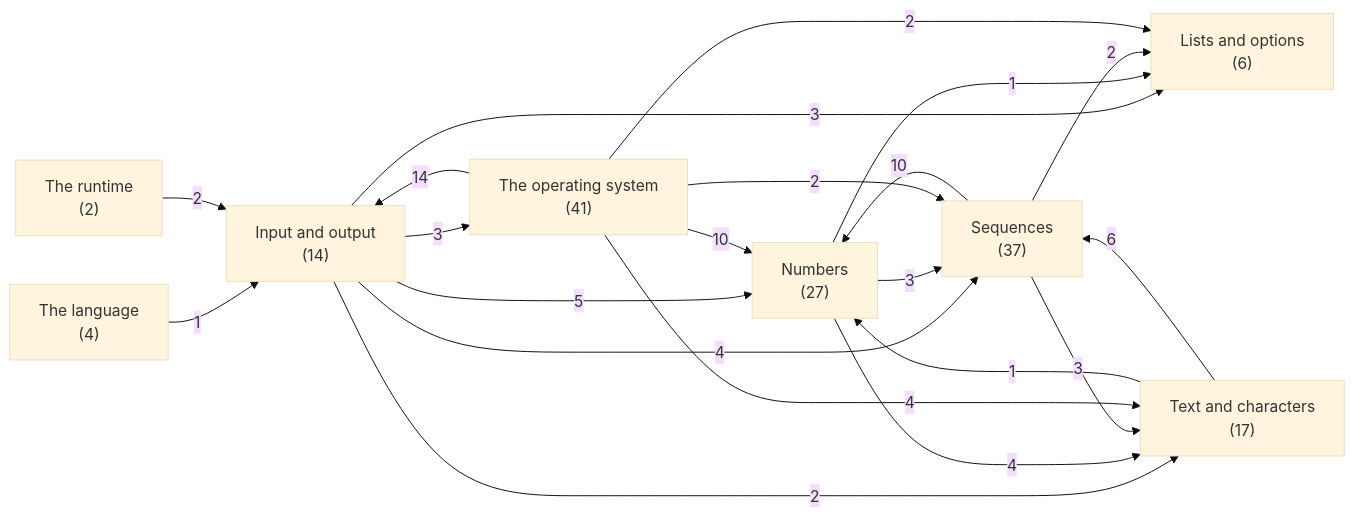
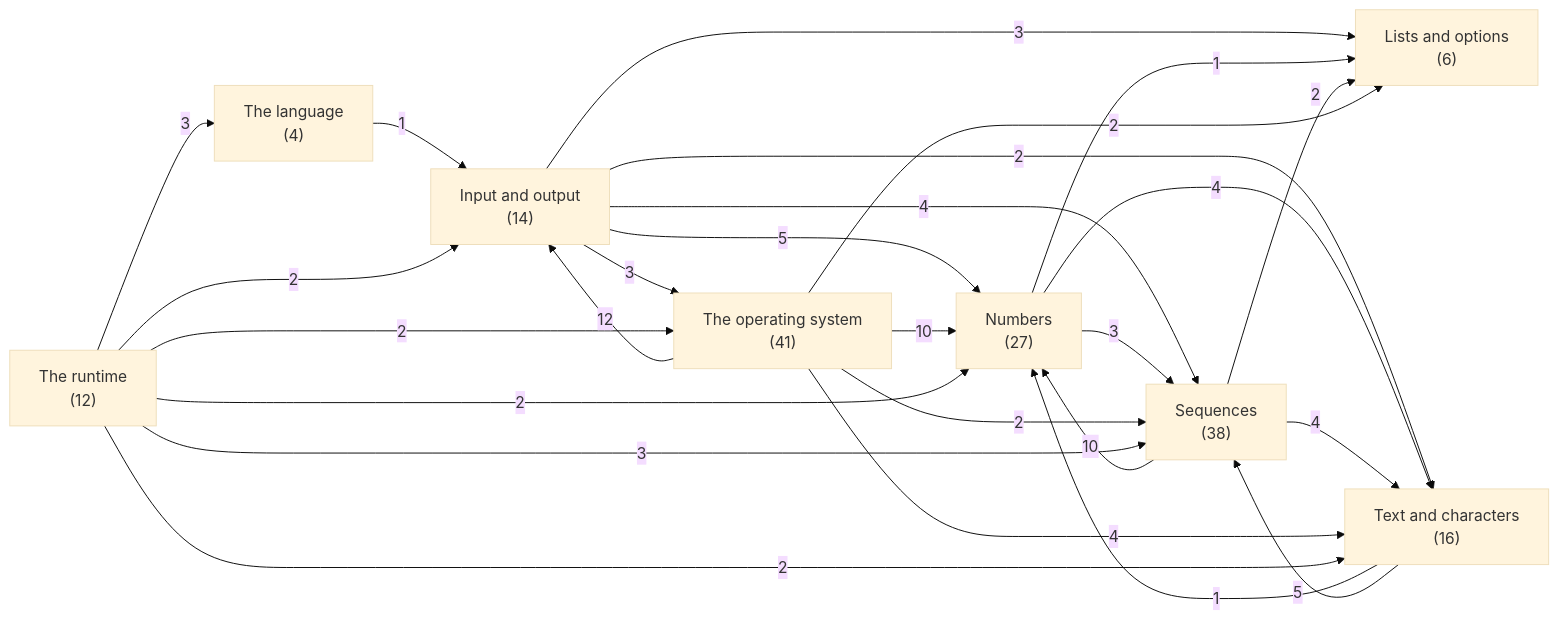
Before and after one commit to ruudkoot/rune: the first of 9 diagrams in docs/generated/basis/depends.md, drawn with Mermaid (base theme). The commit also changed other lines of this file and 8 other files, not shown here.

````diff
--- a/docs/generated/basis/depends.md
+++ b/docs/generated/basis/depends.md
@@ -24,31 +24,36 @@
 ```mermaid
 flowchart LR
   a0["The language<br>(4)"]
-  a1["Text and characters<br>(17)"]
+  a1["Text and characters<br>(16)"]
   a2["Lists and options<br>(6)"]
   a3["Numbers<br>(27)"]
-  a4["Sequences<br>(37)"]
+  a4["Sequences<br>(38)"]
   a5["The operating system<br>(41)"]
   a6["Input and output<br>(14)"]
-  a7["The runtime<br>(2)"]
+  a7["The runtime<br>(12)"]
   a6 -- 3 --> a2
   a6 -- 5 --> a3
   a6 -- 4 --> a4
   a6 -- 2 --> a1
   a6 -- 3 --> a5
   a3 -- 1 --> a2
   a3 -- 3 --> a4
   a3 -- 4 --> a1
   a4 -- 2 --> a2
   a4 -- 10 --> a3
-  a4 -- 3 --> a1
+  a4 -- 4 --> a1
   a1 -- 1 --> a3
-  a1 -- 6 --> a4
+  a1 -- 5 --> a4
   a0 -- 1 --> a6
-  a5 -- 14 --> a6
+  a5 -- 12 --> a6
   a5 -- 2 --> a2
   a5 -- 10 --> a3
   a5 -- 2 --> a4
   a5 -- 4 --> a1
   a7 -- 2 --> a6
+  a7 -- 2 --> a3
+  a7 -- 3 --> a4
+  a7 -- 2 --> a1
+  a7 -- 3 --> a0
+  a7 -- 2 --> a5
 ```
````
